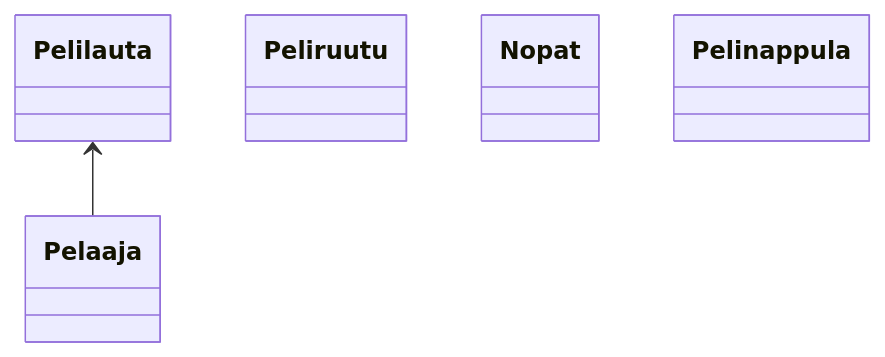
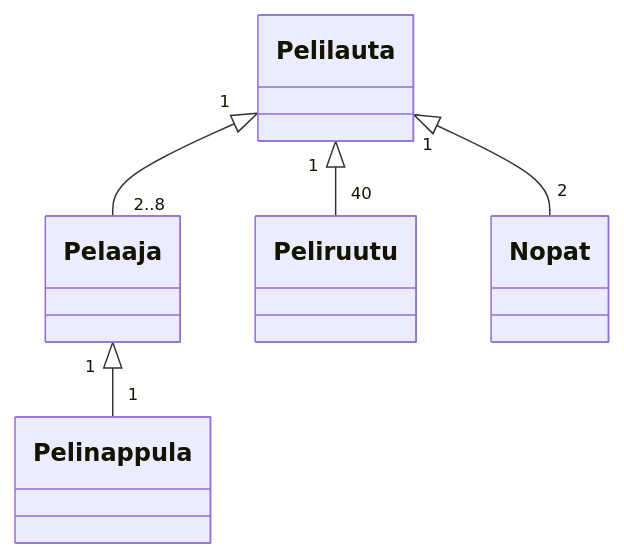
Before and after one commit to tapsamies/ot-harjoitustyo: the diagram in laskarit/viikko3/t1.md, drawn with Mermaid.

Commit message:
tehty lisää

````diff
--- a/laskarit/viikko3/t1.md
+++ b/laskarit/viikko3/t1.md
@@ -1,9 +1,13 @@
 ```mermaid
 classDiagram
 	class Pelilauta
 	class Pelaaja
 	class Peliruutu
 	class Nopat
 	class Pelinappula
-Pelilauta <-- Pelaaja
+Pelilauta "1" <|-- "2..8" Pelaaja
+Pelilauta "1" <|-- "40" Peliruutu
+Pelilauta "1" <|-- "2" Nopat
+Pelaaja "1" <|-- "1" Pelinappula
+
 ```
````
